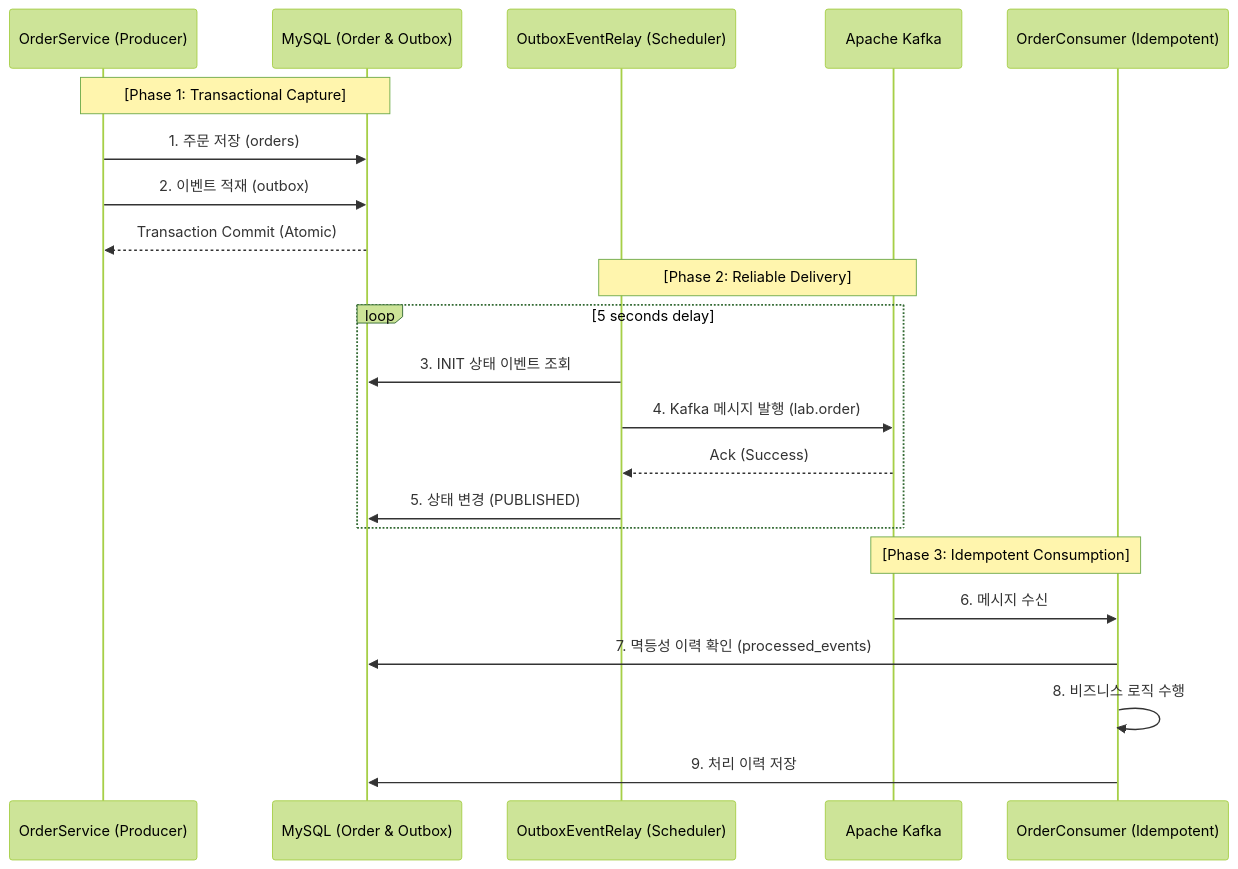
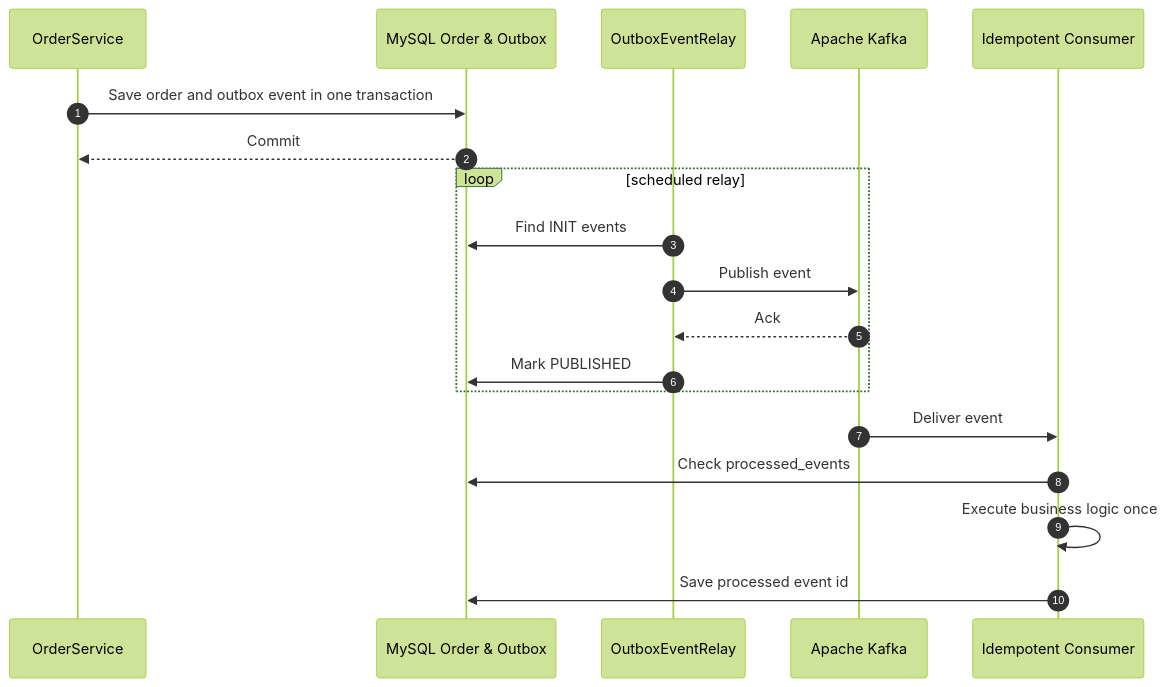
Before and after one commit to hooneyg/event-streaming-lab: the diagram in README.md, drawn with Mermaid (forest theme). The commit also changed other lines of this file and 9 other files, not shown here.

````diff
--- a/README.md
+++ b/README.md
@@ -33,27 +41,22 @@
 ```mermaid
 sequenceDiagram
-    participant OS as OrderService (Producer)
-    participant DB as MySQL (Order & Outbox)
-    participant RL as OutboxEventRelay (Scheduler)
-    participant KF as Apache Kafka
-    participant OC as OrderConsumer (Idempotent)
+    autonumber
+    participant OS as OrderService
+    participant DB as MySQL Order & Outbox
+    participant Relay as OutboxEventRelay
+    participant Kafka as Apache Kafka
+    participant Consumer as Idempotent Consumer
 
-    Note over OS, DB: [Phase 1: Transactional Capture]
-    OS->>DB: 1. 주문 저장 (orders)
-    OS->>DB: 2. 이벤트 적재 (outbox)
-    DB-->>OS: Transaction Commit (Atomic)
-
-    Note over RL, KF: [Phase 2: Reliable Delivery]
-    loop 5 seconds delay
-        RL->>DB: 3. INIT 상태 이벤트 조회
-        RL->>KF: 4. Kafka 메시지 발행 (lab.order)
-        KF-->>RL: Ack (Success)
-        RL->>DB: 5. 상태 변경 (PUBLISHED)
+    OS->>DB: Save order and outbox event in one transaction
+    DB-->>OS: Commit
+    loop scheduled relay
+        Relay->>DB: Find INIT events
+        Relay->>Kafka: Publish event
+        Kafka-->>Relay: Ack
+        Relay->>DB: Mark PUBLISHED
     end
-
-    Note over KF, OC: [Phase 3: Idempotent Consumption]
-    KF->>OC: 6. 메시지 수신
-    OC->>DB: 7. 멱등성 이력 확인 (processed_events)
-    OC->>OC: 8. 비즈니스 로직 수행
-    OC->>DB: 9. 처리 이력 저장
+    Kafka->>Consumer: Deliver event
+    Consumer->>DB: Check processed_events
+    Consumer->>Consumer: Execute business logic once
+    Consumer->>DB: Save processed event id
 ```
````
